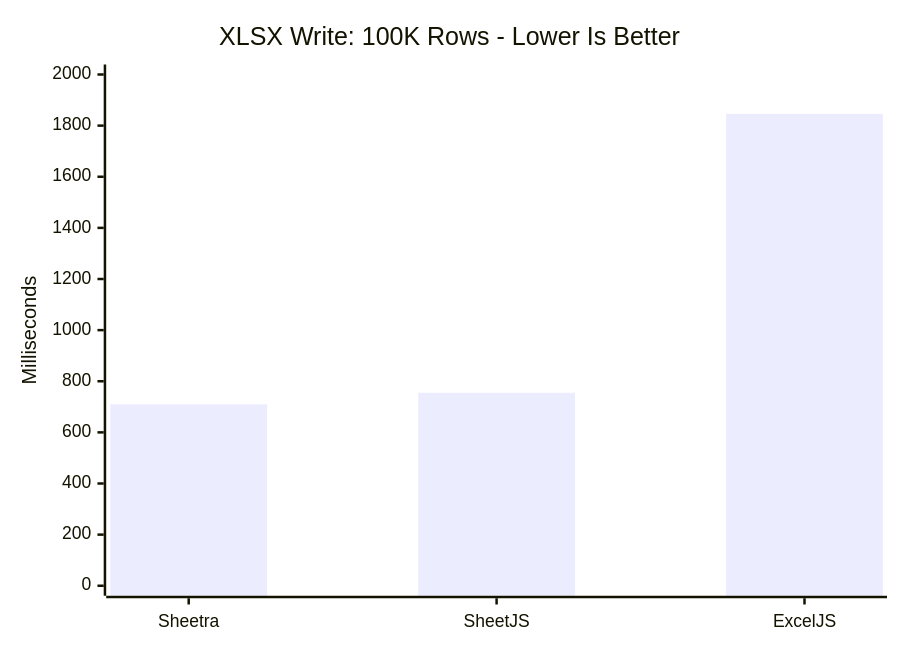
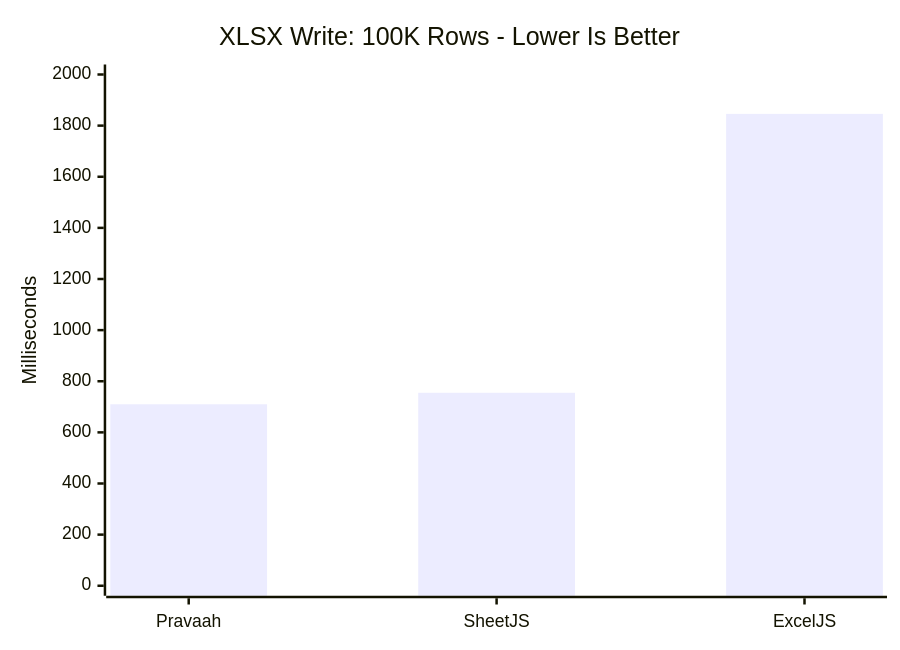
Before and after one commit to beingmartinbmc/sheetra: the fourth of 6 diagrams in README.md, drawn with Mermaid. The commit also changed other lines of this file and 20 other files, not shown here.

````diff
--- a/README.md
+++ b/README.md
@@ -556,7 +556,7 @@
 ```mermaid
 xychart-beta
   title "XLSX Write: 100K Rows - Lower Is Better"
-  x-axis ["Sheetra", "SheetJS", "ExcelJS"]
+  x-axis ["Pravaah", "SheetJS", "ExcelJS"]
   y-axis "Milliseconds" 0 --> 2000
   bar [710, 755, 1846]
 ```
````
